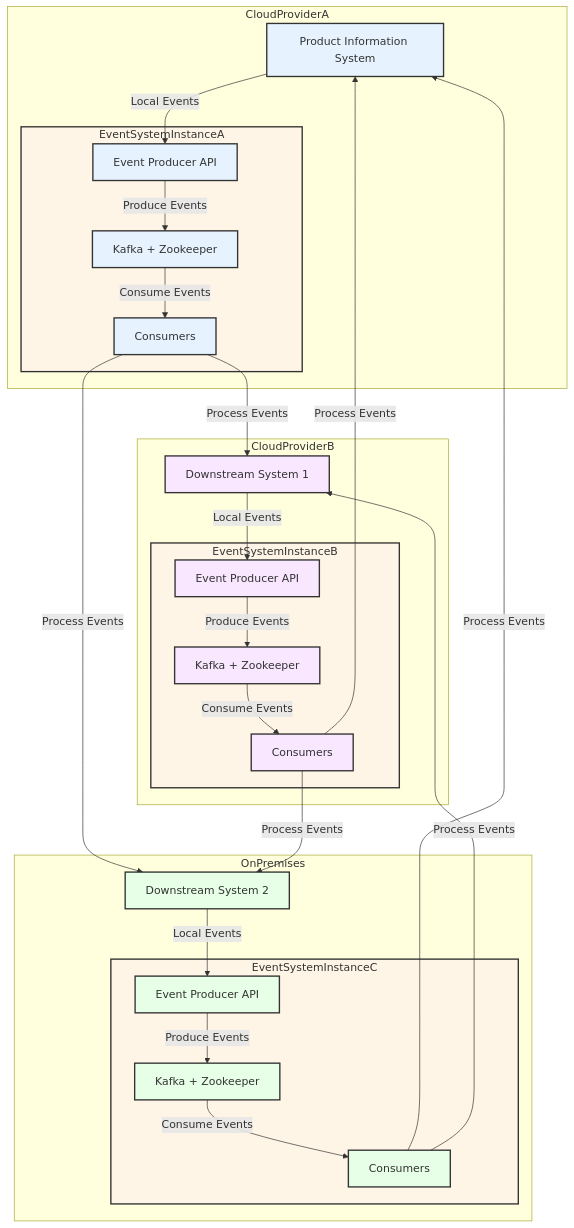
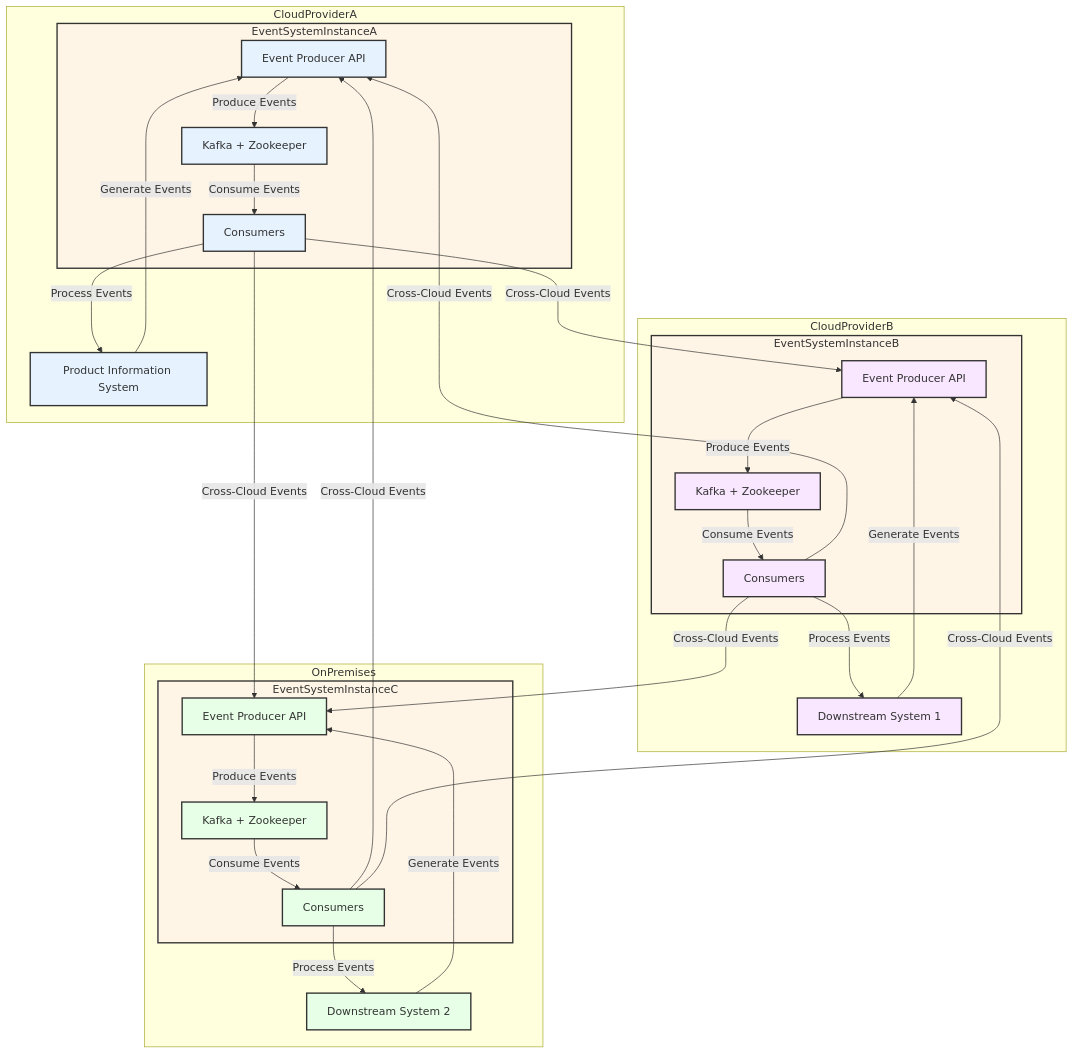
The second of 2 diagrams in README.md (rahulreddy15/assignment), drawn with Mermaid before and after one commit. The commit also changed other lines of this file, not shown here.

````diff
--- a/README.md
+++ b/README.md
@@ -195,57 +195,62 @@
 ```mermaid
 graph TD
     subgraph CloudProviderA
-        PIS[Product Information System]
         subgraph EventSystemInstanceA
             EPA_A[Event Producer API]
             KA[Kafka + Zookeeper]
             CA[Consumers]
         end
+        PIS[Product Information System]
     end
 
     subgraph CloudProviderB
-        DS1[Downstream System 1]
         subgraph EventSystemInstanceB
             EPA_B[Event Producer API]
             KB[Kafka + Zookeeper]
             CB[Consumers]
         end
+        DS1[Downstream System 1]
     end
 
     subgraph OnPremises
-        DS2[Downstream System 2]
         subgraph EventSystemInstanceC
             EPA_C[Event Producer API]
             KC[Kafka + Zookeeper]
             CC[Consumers]
         end
+        DS2[Downstream System 2]
     end
 
-    PIS -->|Local Events| EPA_A
     EPA_A -->|Produce Events| KA
     KA -->|Consume Events| CA
-    CA -->|Process Events| DS1
-    CA -->|Process Events| DS2
+    CA -->|Process Events| PIS
 
-    DS1 -->|Local Events| EPA_B
     EPA_B -->|Produce Events| KB
     KB -->|Consume Events| CB
-    CB -->|Process Events| PIS
-    CB -->|Process Events| DS2
+    CB -->|Process Events| DS1
 
-    DS2 -->|Local Events| EPA_C
     EPA_C -->|Produce Events| KC
     KC -->|Consume Events| CC
-    CC -->|Process Events| PIS
-    CC -->|Process Events| DS1
+    CC -->|Process Events| DS2
+
+    PIS -->|Generate Events| EPA_A
+    DS1 -->|Generate Events| EPA_B
+    DS2 -->|Generate Events| EPA_C
+
+    CA -->|Cross-Cloud Events| EPA_B
+    CA -->|Cross-Cloud Events| EPA_C
+    CB -->|Cross-Cloud Events| EPA_A
+    CB -->|Cross-Cloud Events| EPA_C
+    CC -->|Cross-Cloud Events| EPA_A
+    CC -->|Cross-Cloud Events| EPA_B
 
     classDef cloudA fill:#e6f3ff,stroke:#333,stroke-width:2px;
     classDef cloudB fill:#f9e6ff,stroke:#333,stroke-width:2px;
     classDef onPrem fill:#e6ffe6,stroke:#333,stroke-width:2px;
     classDef eventSystem fill:#fff5e6,stroke:#333,stroke-width:2px;
 
     class PIS,EPA_A,KA,CA cloudA;
     class DS1,EPA_B,KB,CB cloudB;
     class DS2,EPA_C,KC,CC onPrem;
     class EventSystemInstanceA,EventSystemInstanceB,EventSystemInstanceC eventSystem;
 ```
````
